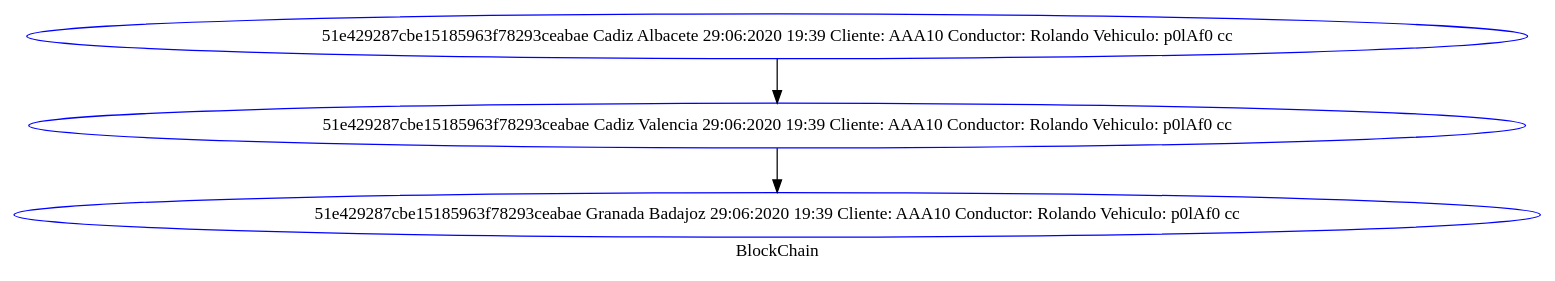
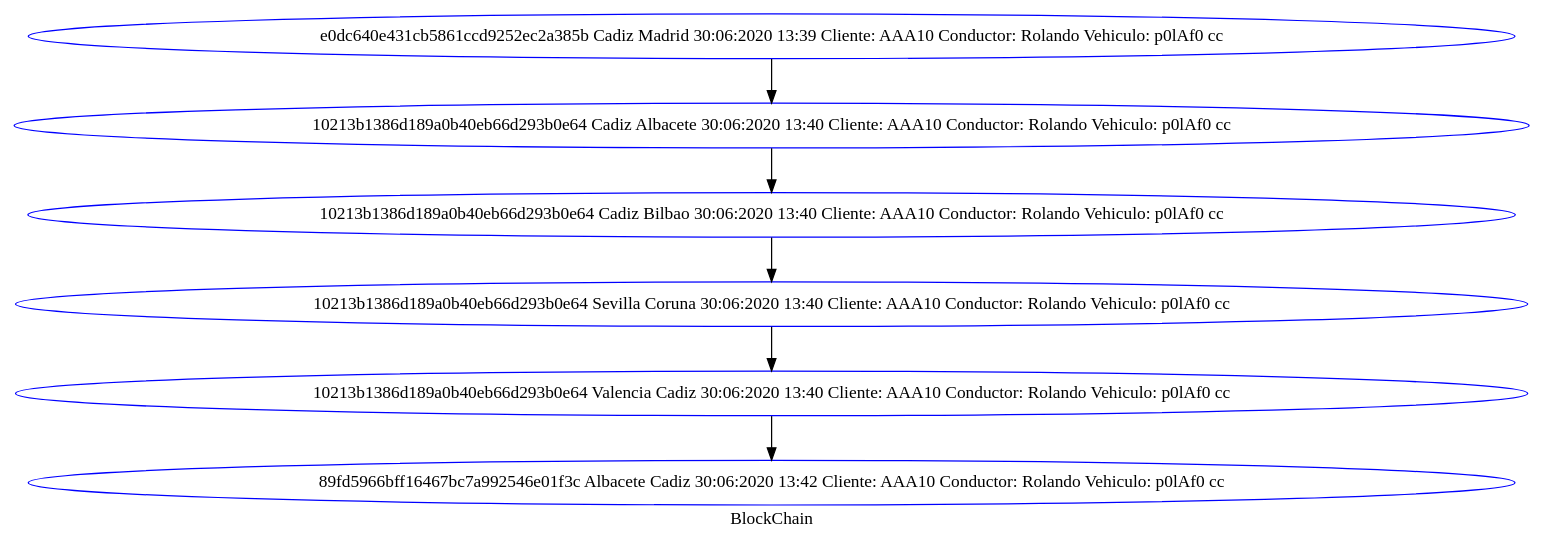
The diagram in blockChain.dot (Rauqoz/EDD_Proyecto_2), drawn with Graphviz before and after one commit. The commit also changed 10 other files, not shown here.

```diff
--- a/blockChain.dot
+++ b/blockChain.dot
@@ -1,2 +1,2 @@
 digraph G { 
-node [style=circle, color = blue];"51e429287cbe15185963f78293ceabae Cadiz Albacete 29:06:2020 19:39 Cliente: AAA10 Conductor: Rolando Vehiculo: p0lAf0 cc" ->"51e429287cbe15185963f78293ceabae Cadiz Valencia 29:06:2020 19:39 Cliente: AAA10 Conductor: Rolando Vehiculo: p0lAf0 cc" ->"51e429287cbe15185963f78293ceabae Granada Badajoz 29:06:2020 19:39 Cliente: AAA10 Conductor: Rolando Vehiculo: p0lAf0 cc"; label = "BlockChain";} 
+node [style=circle, color = blue];"e0dc640e431cb5861ccd9252ec2a385b Cadiz Madrid 30:06:2020 13:39 Cliente: AAA10 Conductor: Rolando Vehiculo: p0lAf0 cc" ->"10213b1386d189a0b40eb66d293b0e64 Cadiz Albacete 30:06:2020 13:40 Cliente: AAA10 Conductor: Rolando Vehiculo: p0lAf0 cc" ->"10213b1386d189a0b40eb66d293b0e64 Cadiz Bilbao 30:06:2020 13:40 Cliente: AAA10 Conductor: Rolando Vehiculo: p0lAf0 cc" ->"10213b1386d189a0b40eb66d293b0e64 Sevilla Coruna 30:06:2020 13:40 Cliente: AAA10 Conductor: Rolando Vehiculo: p0lAf0 cc" ->"10213b1386d189a0b40eb66d293b0e64 Valencia Cadiz 30:06:2020 13:40 Cliente: AAA10 Conductor: Rolando Vehiculo: p0lAf0 cc" ->"89fd5966bff16467bc7a992546e01f3c Albacete Cadiz 30:06:2020 13:42 Cliente: AAA10 Conductor: Rolando Vehiculo: p0lAf0 cc"; label = "BlockChain";} 
```
